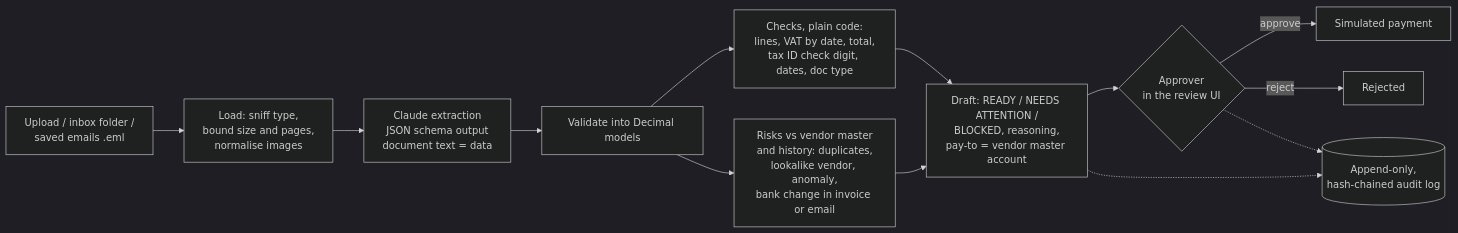
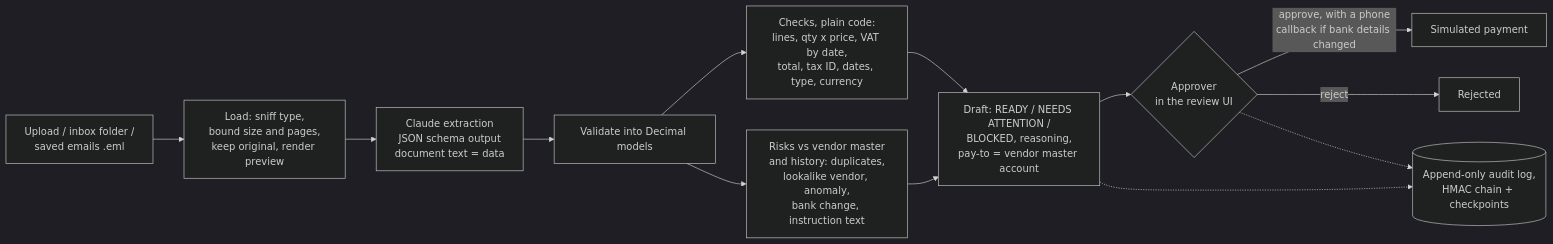
Before and after one commit to MoyalShoham/payables-agent: the diagram in README.md, drawn with Mermaid (dark theme). The commit also changed other lines of this file and 1 other file, not shown here.

````diff
--- a/README.md
+++ b/README.md
@@ -36,14 +38,14 @@
 ```mermaid
 flowchart LR
-    IN[Upload / inbox folder /<br/>saved emails .eml] --> LOAD[Load: sniff type,<br/>bound size and pages,<br/>normalise images]
+    IN[Upload / inbox folder /<br/>saved emails .eml] --> LOAD[Load: sniff type,<br/>bound size and pages,<br/>keep original, render preview]
     LOAD --> EX[Claude extraction<br/>JSON schema output<br/>document text = data]
     EX --> PARSE[Validate into Decimal models]
-    PARSE --> CHECK[Checks, plain code:<br/>lines, VAT by date, total,<br/>tax ID check digit, dates, doc type]
-    PARSE --> RISK[Risks vs vendor master<br/>and history: duplicates,<br/>lookalike vendor, anomaly,<br/>bank change in invoice or email]
+    PARSE --> CHECK[Checks, plain code:<br/>lines, qty x price, VAT by date,<br/>total, tax ID, dates, type, currency]
+    PARSE --> RISK[Risks vs vendor master<br/>and history: duplicates,<br/>lookalike vendor, anomaly,<br/>bank change, instruction text]
     CHECK & RISK --> DRAFT[Draft: READY / NEEDS ATTENTION /<br/>BLOCKED, reasoning,<br/>pay-to = vendor master account]
     DRAFT --> HUMAN{Approver<br/>in the review UI}
-    HUMAN -->|approve| PAY[Simulated payment]
+    HUMAN -->|approve, with a phone<br/>callback if bank details changed| PAY[Simulated payment]
     HUMAN -->|reject| REJ[Rejected]
-    DRAFT -.-> AUDIT[(Append-only,<br/>hash-chained audit log)]
+    DRAFT -.-> AUDIT[(Append-only audit log,<br/>HMAC chain + checkpoints)]
     HUMAN -.-> AUDIT
 ```
````
